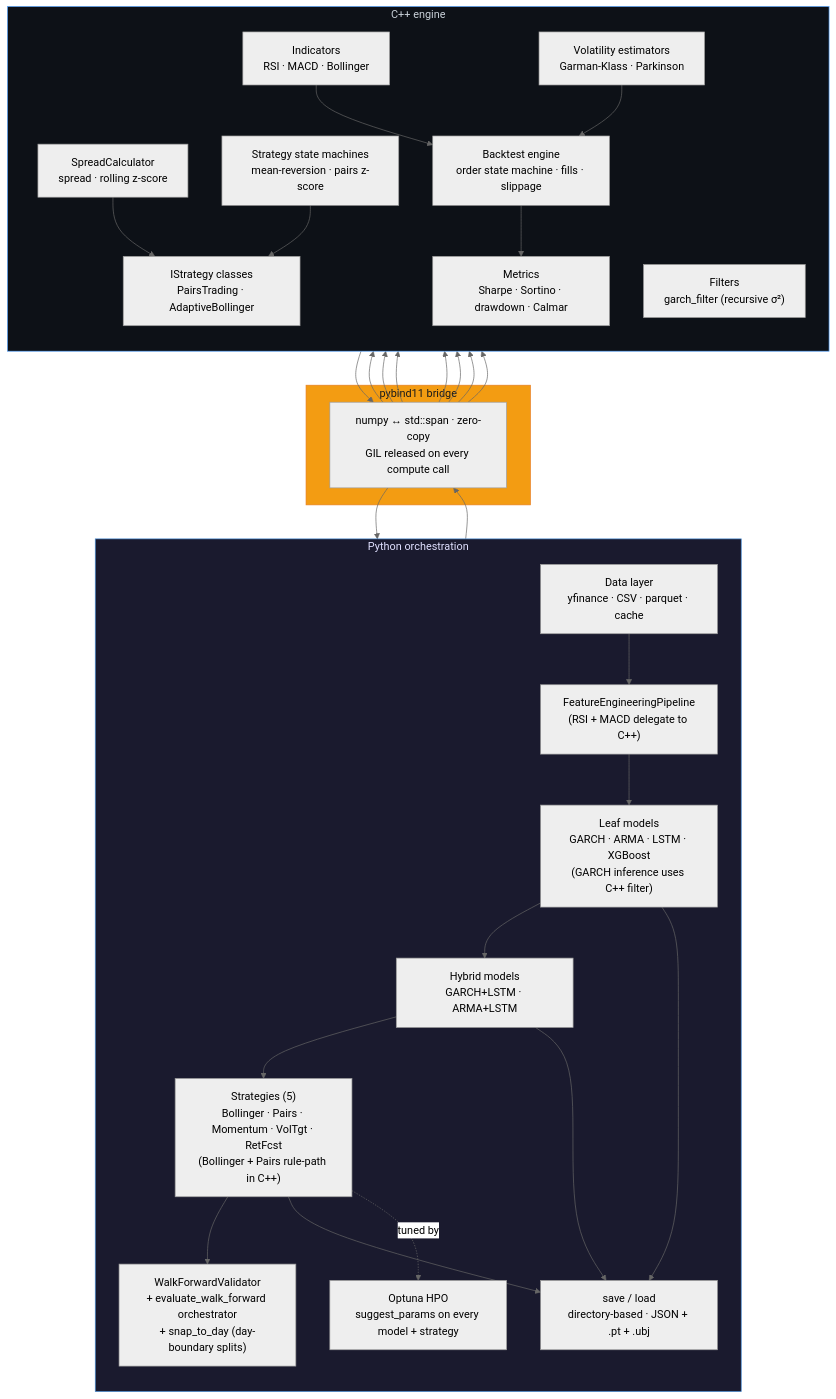
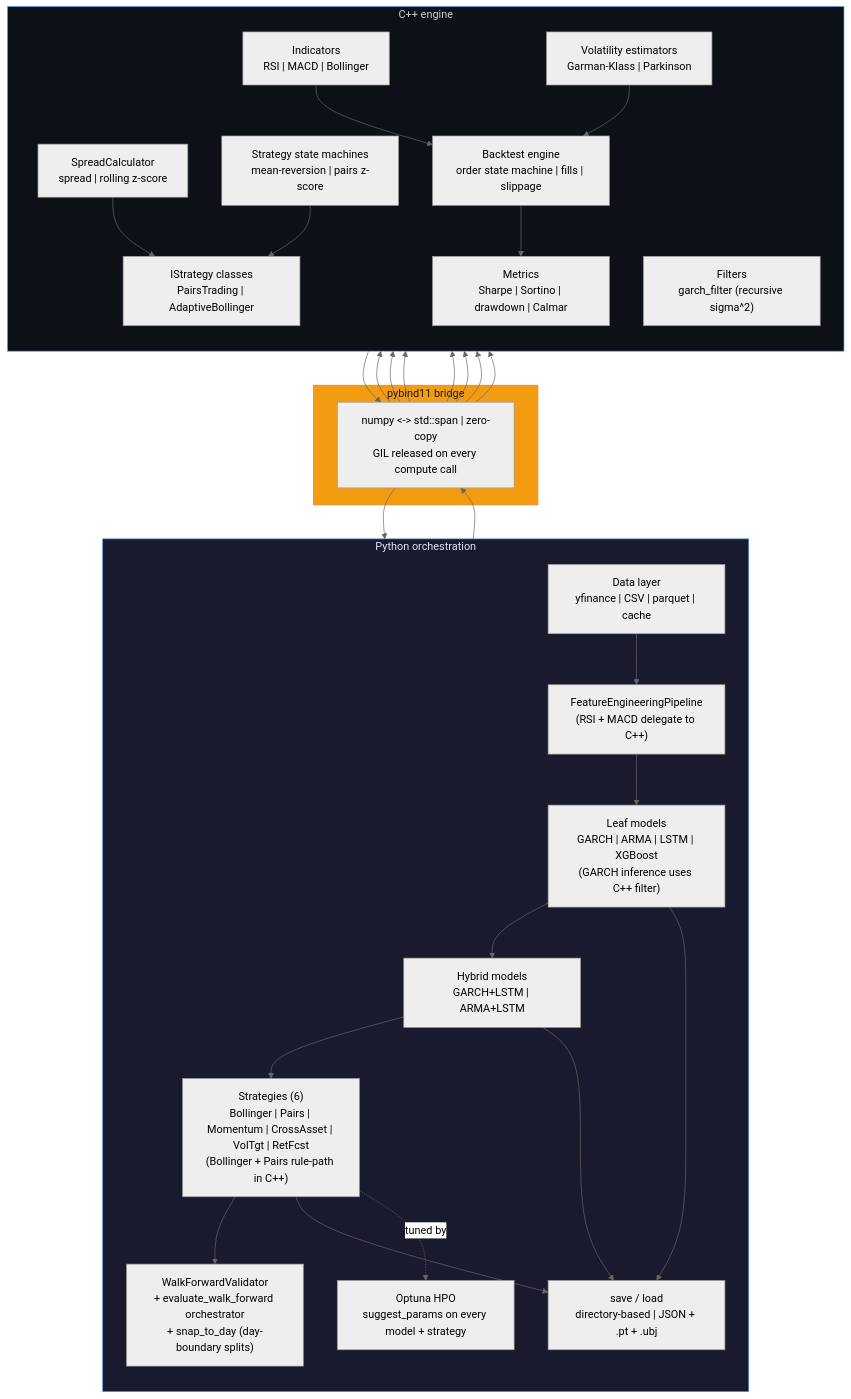
One commit to Alextz307/quantforge changed the first of 5 diagrams in README.md. Above: the diagram before and after it, drawn with Mermaid (neutral theme). The commit also changed other lines of this file and 358 other files, not shown here.

````diff
--- a/README.md
+++ b/README.md
@@ -11,56 +11,56 @@
 ```mermaid
 graph TB
     subgraph py["Python orchestration"]
         direction TB
-        data["Data layer<br/>yfinance · CSV · parquet · cache"]
+        data["Data layer<br/>yfinance | CSV | parquet | cache"]
         feat["FeatureEngineeringPipeline<br/>(RSI + MACD delegate to C++)"]
-        leaf["Leaf models<br/>GARCH · ARMA · LSTM · XGBoost<br/>(GARCH inference uses C++ filter)"]
-        hyb["Hybrid models<br/>GARCH+LSTM · ARMA+LSTM"]
-        strat["Strategies (5)<br/>Bollinger · Pairs · Momentum · VolTgt · RetFcst<br/>(Bollinger + Pairs rule-path in C++)"]
-        persist["save / load<br/>directory-based · JSON + .pt + .ubj"]
+        leaf["Leaf models<br/>GARCH | ARMA | LSTM | XGBoost<br/>(GARCH inference uses C++ filter)"]
+        hyb["Hybrid models<br/>GARCH+LSTM | ARMA+LSTM"]
+        strat["Strategies (6)<br/>Bollinger | Pairs | Momentum | CrossAsset | VolTgt | RetFcst<br/>(Bollinger + Pairs rule-path in C++)"]
+        persist["save / load<br/>directory-based | JSON + .pt + .ubj"]
         wforch["WalkForwardValidator<br/>+ evaluate_walk_forward orchestrator<br/>+ snap_to_day (day-boundary splits)"]
         hpo["Optuna HPO<br/>suggest_params on every model + strategy"]
         data --> feat --> leaf --> hyb --> strat
         strat --> wforch
         strat --> persist
         leaf --> persist
         hyb --> persist
         strat -. tuned by .-> hpo
     end
 
     subgraph bridge["pybind11 bridge"]
-        numpy["numpy ↔ std::span · zero-copy<br/>GIL released on every compute call"]
+        numpy["numpy <-> std::span | zero-copy<br/>GIL released on every compute call"]
     end
 
     subgraph cpp["C++ engine"]
         direction TB
-        indicators["Indicators<br/>RSI · MACD · Bollinger"]
-        voles["Volatility estimators<br/>Garman-Klass · Parkinson"]
-        filters["Filters<br/>garch_filter (recursive σ²)"]
-        smach["Strategy state machines<br/>mean-reversion · pairs z-score"]
-        spreadc["SpreadCalculator<br/>spread · rolling z-score"]
-        cppstrat["IStrategy classes<br/>PairsTrading · AdaptiveBollinger"]
-        backtest["Backtest engine<br/>order state machine · fills · slippage"]
-        metrics["Metrics<br/>Sharpe · Sortino · drawdown · Calmar"]
+        indicators["Indicators<br/>RSI | MACD | Bollinger"]
+        voles["Volatility estimators<br/>Garman-Klass | Parkinson"]
+        filters["Filters<br/>garch_filter (recursive sigma^2)"]
+        smach["Strategy state machines<br/>mean-reversion | pairs z-score"]
+        spreadc["SpreadCalculator<br/>spread | rolling z-score"]
+        cppstrat["IStrategy classes<br/>PairsTrading | AdaptiveBollinger"]
+        backtest["Backtest engine<br/>order state machine | fills | slippage"]
+        metrics["Metrics<br/>Sharpe | Sortino | drawdown | Calmar"]
         indicators --> backtest
         voles --> backtest
         spreadc --> cppstrat
         smach --> cppstrat
         backtest --> metrics
     end
 
     wforch --> numpy
     numpy --> backtest
     numpy --> indicators
     numpy --> voles
     numpy --> filters
     numpy --> smach
     numpy --> spreadc
     numpy --> cppstrat
     metrics --> numpy
     numpy --> hpo
 
     style py fill:#1a1a2e,color:#e0e0ff,stroke:#4a90d9
     style bridge fill:#f39c12,color:#1a1a1a,stroke:#e67e22
     style cpp fill:#0d1117,color:#c9d1d9,stroke:#58a6ff
 ```
````
